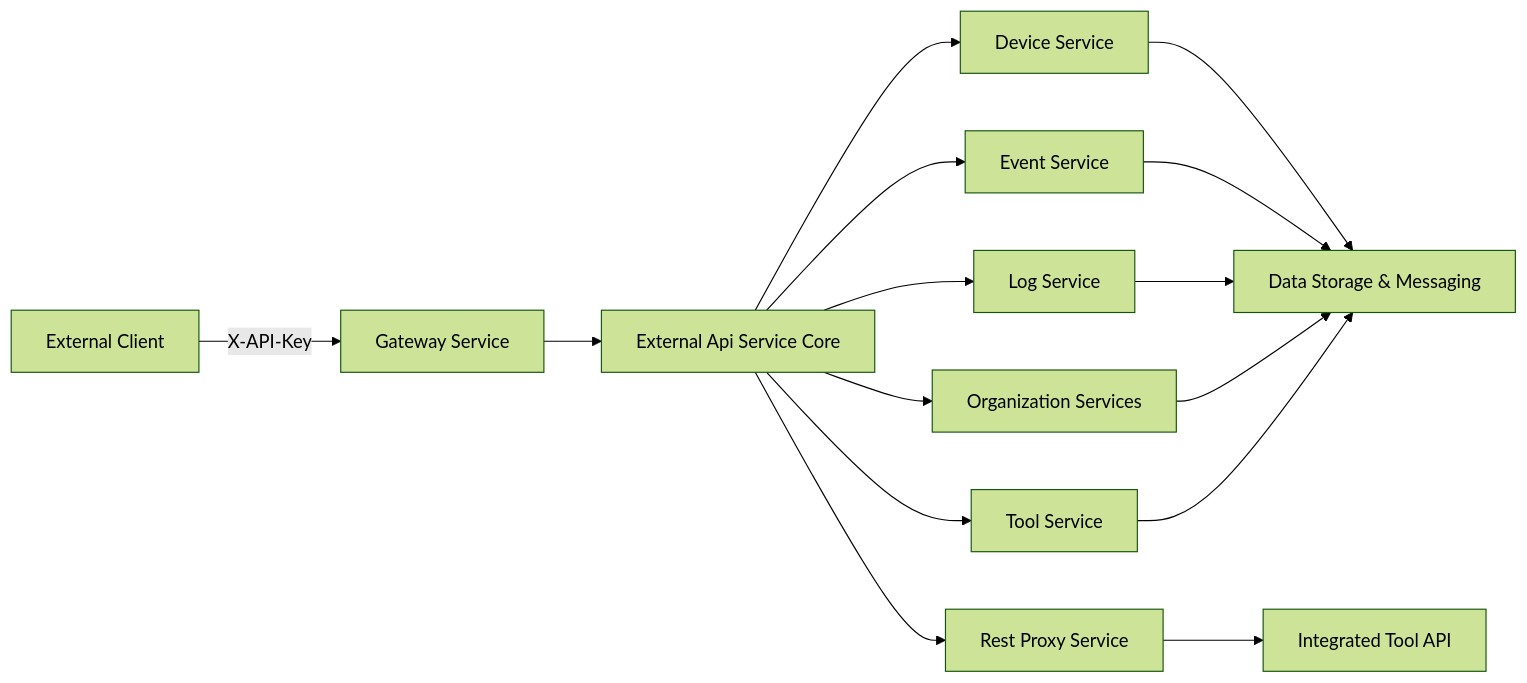
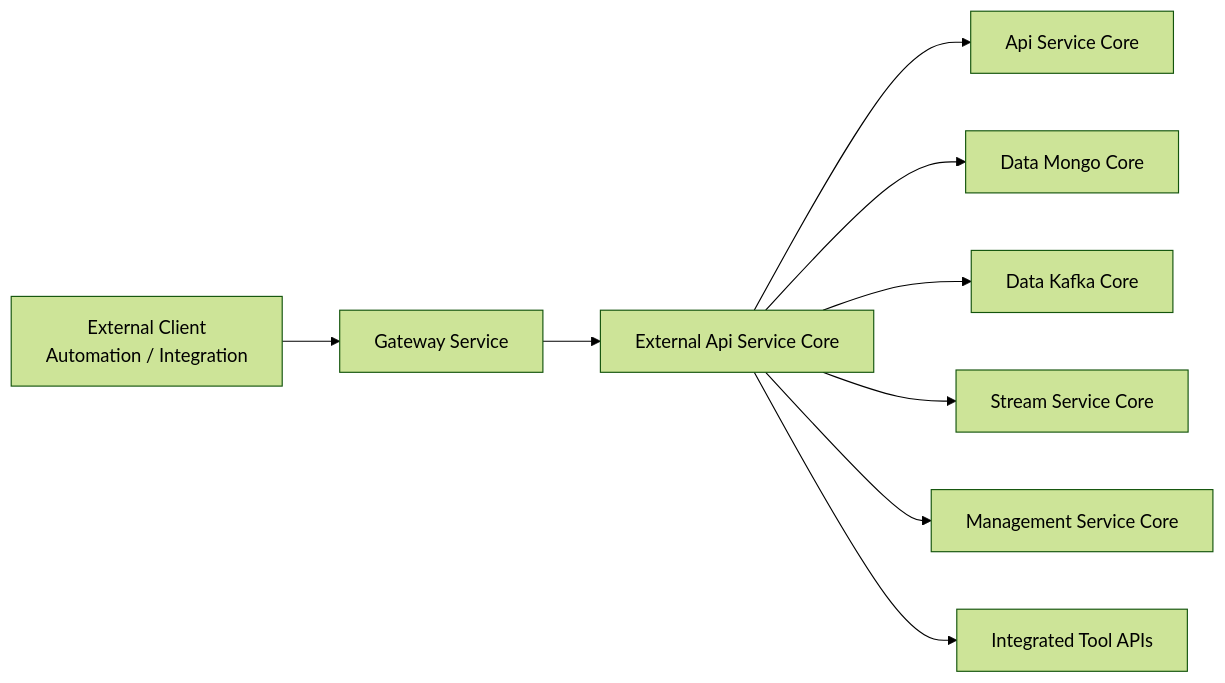
Before and after one commit to Praesto-Pro/openframe-oss-tenant: the diagram in docs/architecture/diagrams/external-api-service-core.mmd, drawn with Mermaid (forest theme). The commit also changed 174 other files, not shown here.

```diff
--- a/docs/architecture/diagrams/external-api-service-core.mmd
+++ b/docs/architecture/diagrams/external-api-service-core.mmd
@@ -1,18 +1,12 @@
 flowchart LR
-    Client["External Client"] -->|"X-API-Key"| Gateway["Gateway Service"]
+    Client["External Client<br/>Automation / Integration"] --> Gateway["Gateway Service"]
     Gateway --> ExternalApi["External Api Service Core"]
 
-    ExternalApi --> DeviceService["Device Service"]
-    ExternalApi --> EventService["Event Service"]
-    ExternalApi --> LogService["Log Service"]
-    ExternalApi --> OrgService["Organization Services"]
-    ExternalApi --> ToolService["Tool Service"]
+    ExternalApi --> ApiCore["Api Service Core"]
+    ExternalApi --> DataMongo["Data Mongo Core"]
+    ExternalApi --> DataKafka["Data Kafka Core"]
 
-    ExternalApi --> ProxyService["Rest Proxy Service"]
-    ProxyService --> IntegratedTool["Integrated Tool API"]
+    ExternalApi --> StreamCore["Stream Service Core"]
+    ExternalApi --> ManagementCore["Management Service Core"]
 
-    DeviceService --> DataLayer["Data Storage & Messaging"]
-    EventService --> DataLayer
-    LogService --> DataLayer
-    OrgService --> DataLayer
-    ToolService --> DataLayer
+    ExternalApi --> ToolProxy["Integrated Tool APIs"]
```
